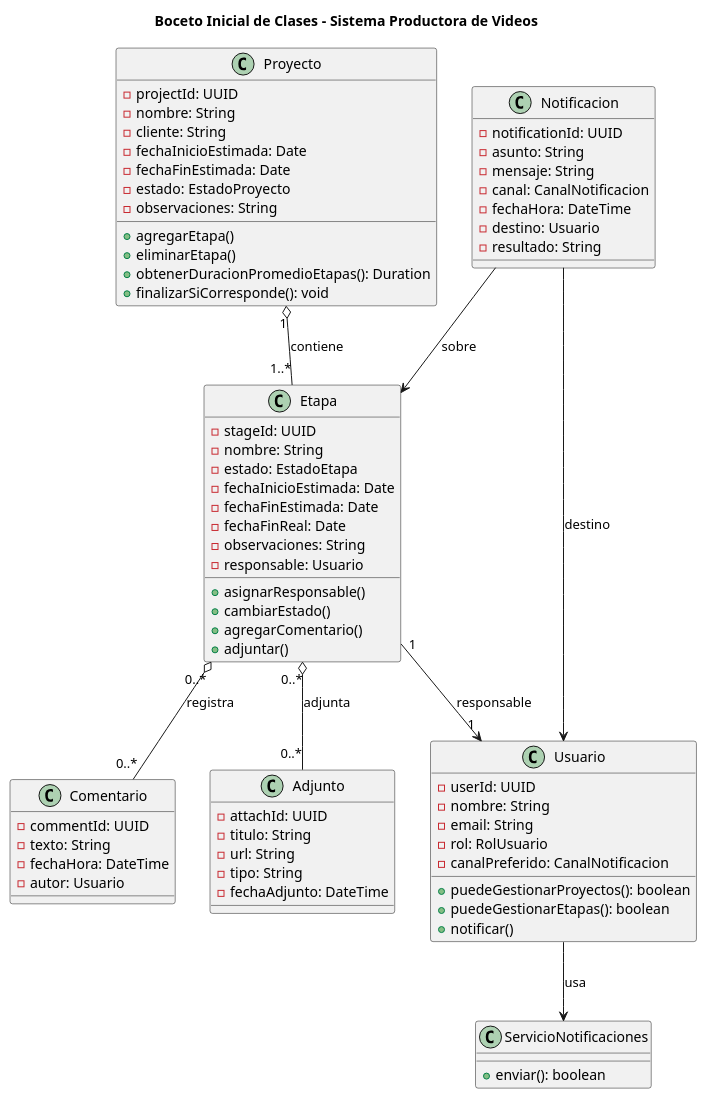
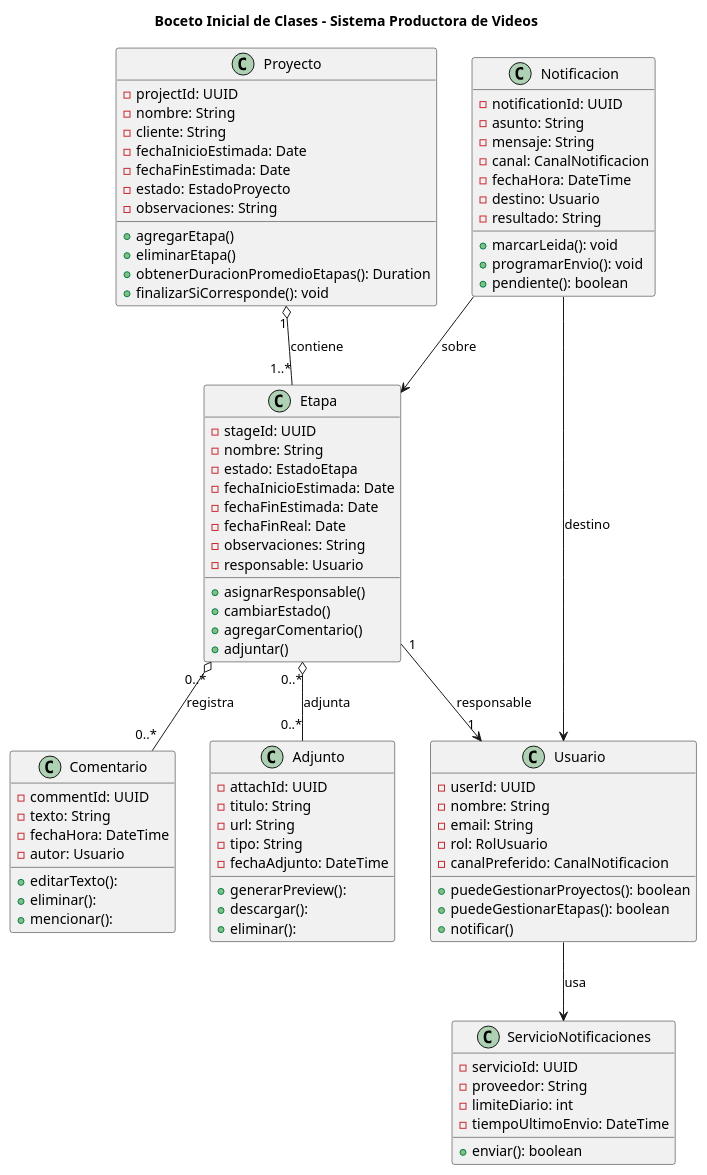
One commit to facundohernanrodriguez/SistemaProductoraVideos changed the diagram in diagramas/01-diagrama-clases/01-boceto-inicial.puml. Above: the diagram before and after it, drawn with PlantUML. The commit also changed 1 other file, not shown here.

```diff
--- a/diagramas/01-diagrama-clases/01-boceto-inicial.puml
+++ b/diagramas/01-diagrama-clases/01-boceto-inicial.puml
@@ -1,82 +1,95 @@
 @startuml Diagrama_Inicial
 title Boceto Inicial de Clases - Sistema Productora de Videos
 
 class Proyecto {
   - projectId: UUID
   - nombre: String
   - cliente: String
   - fechaInicioEstimada: Date
   - fechaFinEstimada: Date
   - estado: EstadoProyecto
   - observaciones: String
   + agregarEtapa()
   + eliminarEtapa()
   + obtenerDuracionPromedioEtapas(): Duration
   + finalizarSiCorresponde(): void
 }
 
 class Etapa {
   - stageId: UUID
   - nombre: String
   - estado: EstadoEtapa
   - fechaInicioEstimada: Date
   - fechaFinEstimada: Date
   - fechaFinReal: Date
   - observaciones: String
   - responsable: Usuario
   + asignarResponsable()
   + cambiarEstado()
   + agregarComentario()
   + adjuntar()
 }
 
 class Usuario {
   - userId: UUID
   - nombre: String
   - email: String
   - rol: RolUsuario
   - canalPreferido: CanalNotificacion
   + puedeGestionarProyectos(): boolean
   + puedeGestionarEtapas(): boolean
   + notificar()
 }
 
 class Comentario {
   - commentId: UUID
   - texto: String
   - fechaHora: DateTime
   - autor: Usuario
+  + editarTexto(): 
+  + eliminar(): 
+  + mencionar(): 
 }
 
 class Adjunto {
   - attachId: UUID
   - titulo: String
   - url: String
   - tipo: String
   - fechaAdjunto: DateTime
+  + generarPreview():   
+  + descargar():          
+  + eliminar(): 
 }
 
 class Notificacion {
   - notificationId: UUID
   - asunto: String
   - mensaje: String
   - canal: CanalNotificacion
   - fechaHora: DateTime
   - destino: Usuario
   - resultado: String
+  + marcarLeida(): void
+  + programarEnvio(): void
+  + pendiente(): boolean
 }
 
 class ServicioNotificaciones {
+  - servicioId: UUID
+  - proveedor: String
+  - limiteDiario: int
+  - tiempoUltimoEnvio: DateTime
   + enviar(): boolean
 }
 
 ' ==== RELACIONES ====
 Proyecto "1" o-- "1..*" Etapa : contiene
 Etapa "0..*" o-- "0..*" Comentario : registra
 Etapa "0..*" o-- "0..*" Adjunto : adjunta
 Etapa "1" --> "1" Usuario : responsable
 Usuario --> ServicioNotificaciones : «usa»
 Notificacion --> Usuario : destino
 Notificacion --> Etapa : sobre
 
 @enduml
```
